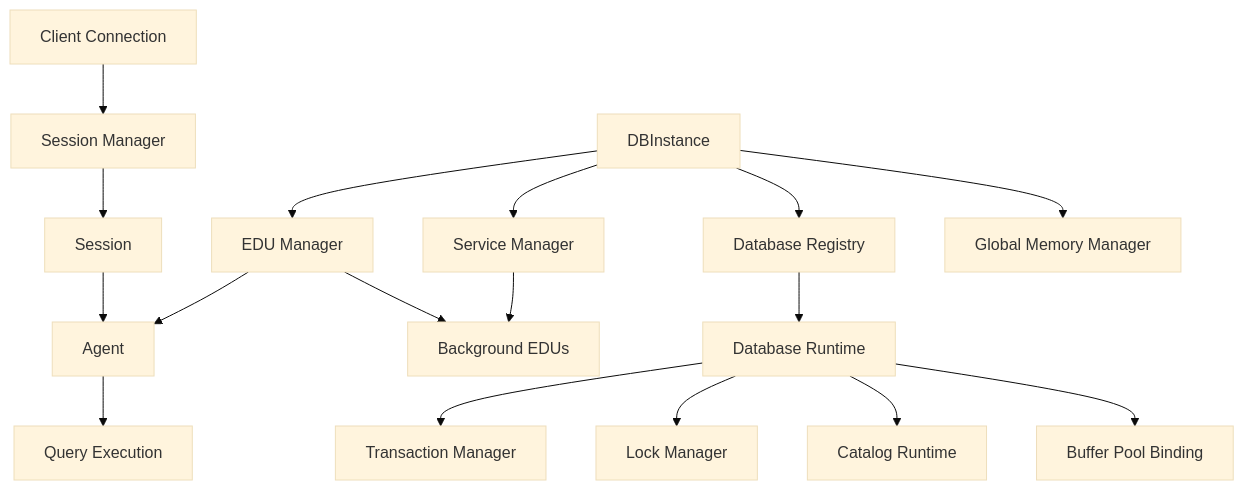
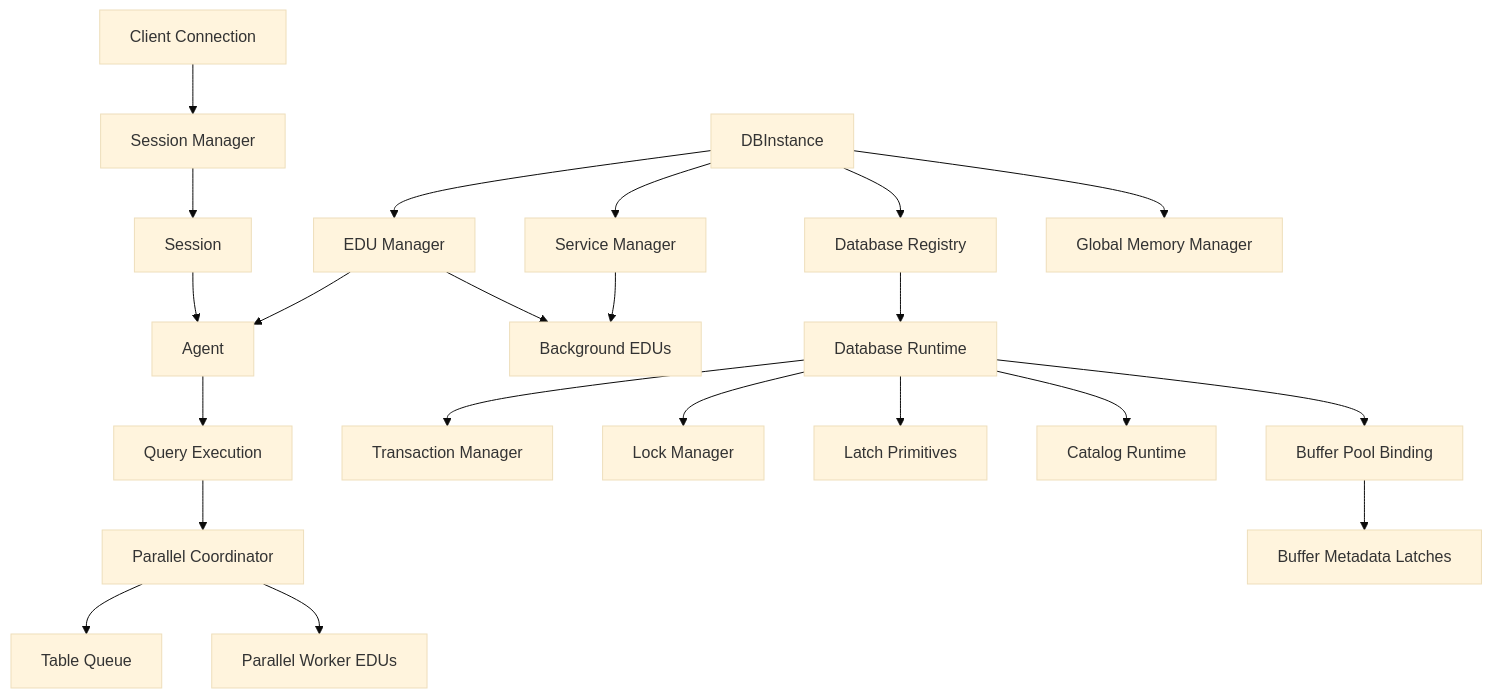
One commit to dizzygz/NorthDB changed the diagram in .monkeycode/specs/2026-05-24-day1-runtime-foundation/design.md. Above: the diagram before and after it, drawn with Mermaid (base theme). The commit also changed other lines of this file and 9 other files, not shown here.

````diff
--- a/.monkeycode/specs/2026-05-24-day1-runtime-foundation/design.md
+++ b/.monkeycode/specs/2026-05-24-day1-runtime-foundation/design.md
@@ -23,19 +24,24 @@
 ```mermaid
 graph TD
     A["Client Connection"] --> B["Session Manager"]
     B --> C["Session"]
     C --> D["Agent"]
     D --> E["Query Execution"]
     F["DBInstance"] --> G["EDU Manager"]
     F --> H["Service Manager"]
     F --> I["Database Registry"]
     F --> J["Global Memory Manager"]
     I --> K["Database Runtime"]
     K --> L["Transaction Manager"]
     K --> M["Lock Manager"]
+    K --> Q["Latch Primitives"]
     K --> N["Catalog Runtime"]
     K --> O["Buffer Pool Binding"]
+    E --> R["Parallel Coordinator"]
+    R --> S["Table Queue"]
+    R --> T["Parallel Worker EDUs"]
+    O --> U["Buffer Metadata Latches"]
     H --> P["Background EDUs"]
     G --> D
     G --> P
 ```
````
